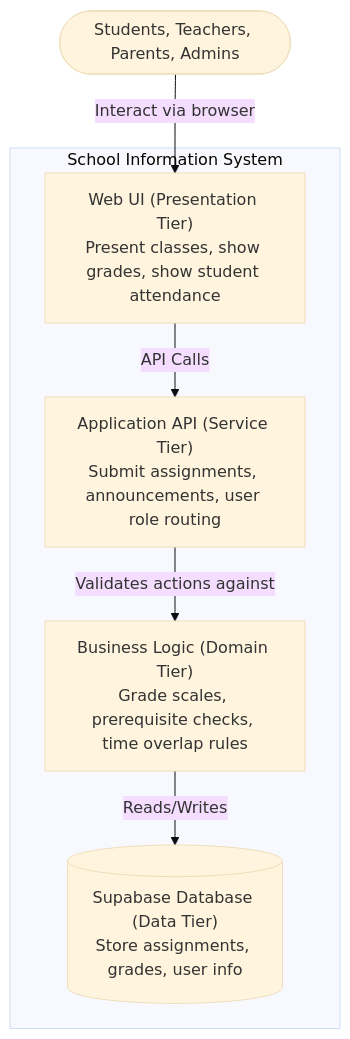
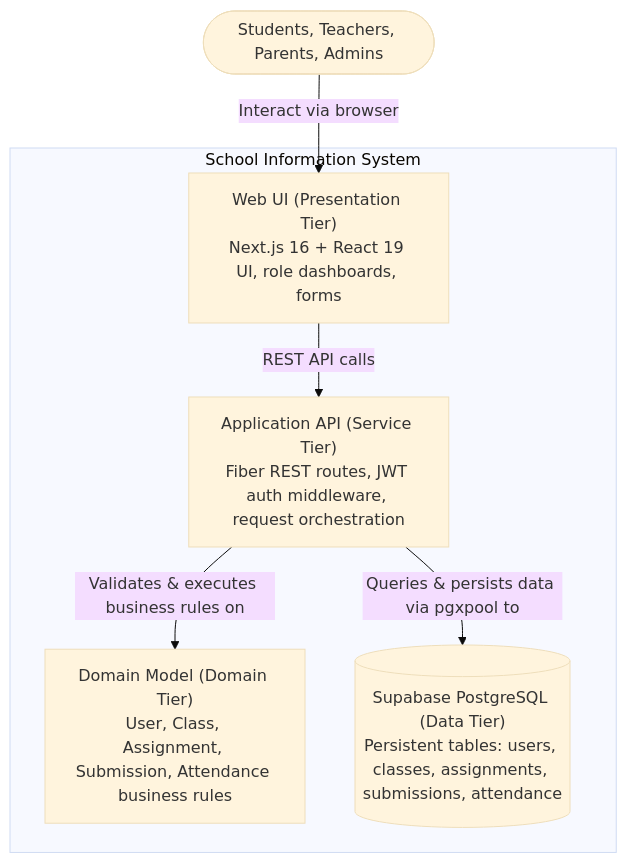
One commit to JosephGabrie/cen5064-project-JosephGabrie changed the second of 4 diagrams in README.md. Above: the diagram before and after it, drawn with Mermaid (base theme). The commit also changed other lines of this file and 13 other files, not shown here.

````diff
--- a/README.md
+++ b/README.md
@@ -154,19 +154,19 @@
 ```mermaid
-%% Container view: your containers should match the tier table above.
+%% Container view: containers match the 4-tier table above.
 flowchart TB
     Users([Students, Teachers, Parents, Admins]) --> |Interact via browser| ui
 
     subgraph SIS [School Information System]
-        ui["Web UI (Presentation Tier)<br/>Present classes, show grades, show student attendance"] 
+        ui["Web UI (Presentation Tier)<br/>Next.js 16 + React 19 UI, role dashboards, forms"] 
         
-        api["Application API (Service Tier)<br/>Submit assignments, announcements, user role routing"]
+        api["Application API (Service Tier)<br/>Fiber REST routes, JWT auth middleware, request orchestration"]
         
-        domain["Business Logic (Domain Tier)<br/>Grade scales, prerequisite checks, time overlap rules"]
+        domain["Domain Model (Domain Tier)<br/>User, Class, Assignment, Submission, Attendance business rules"]
         
-        db[("Supabase Database (Data Tier)<br/>Store assignments, grades, user info")]
+        db[("Supabase PostgreSQL (Data Tier)<br/>Persistent tables: users, classes, assignments, submissions, attendance")]
 
-        ui -->|API Calls| api
-        api -->|Validates actions against| domain
-        domain -->|Reads/Writes| db
+        ui -->|REST API calls| api
+        api -->|Validates & executes business rules on| domain
+        api -->|Queries & persists data via pgxpool to| db
     end
 ```
````
